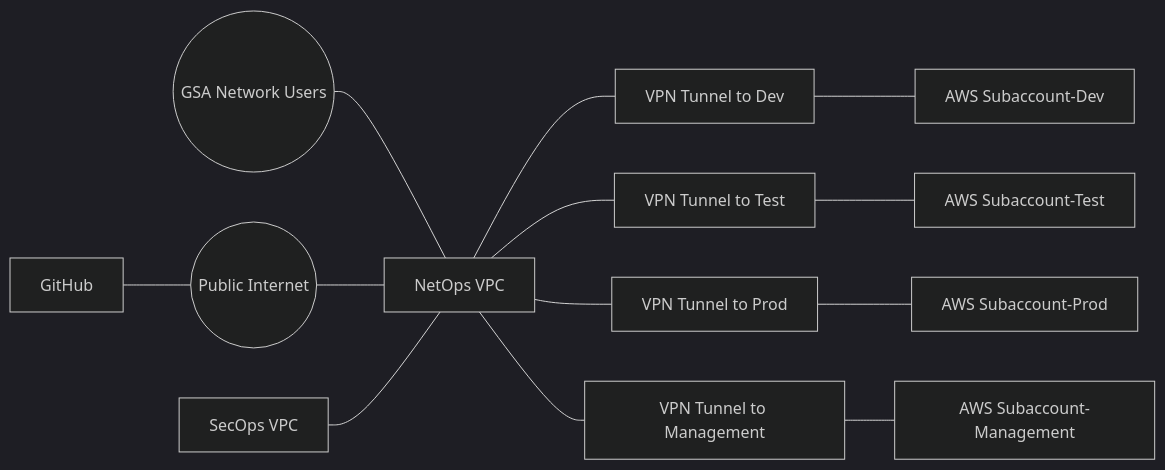
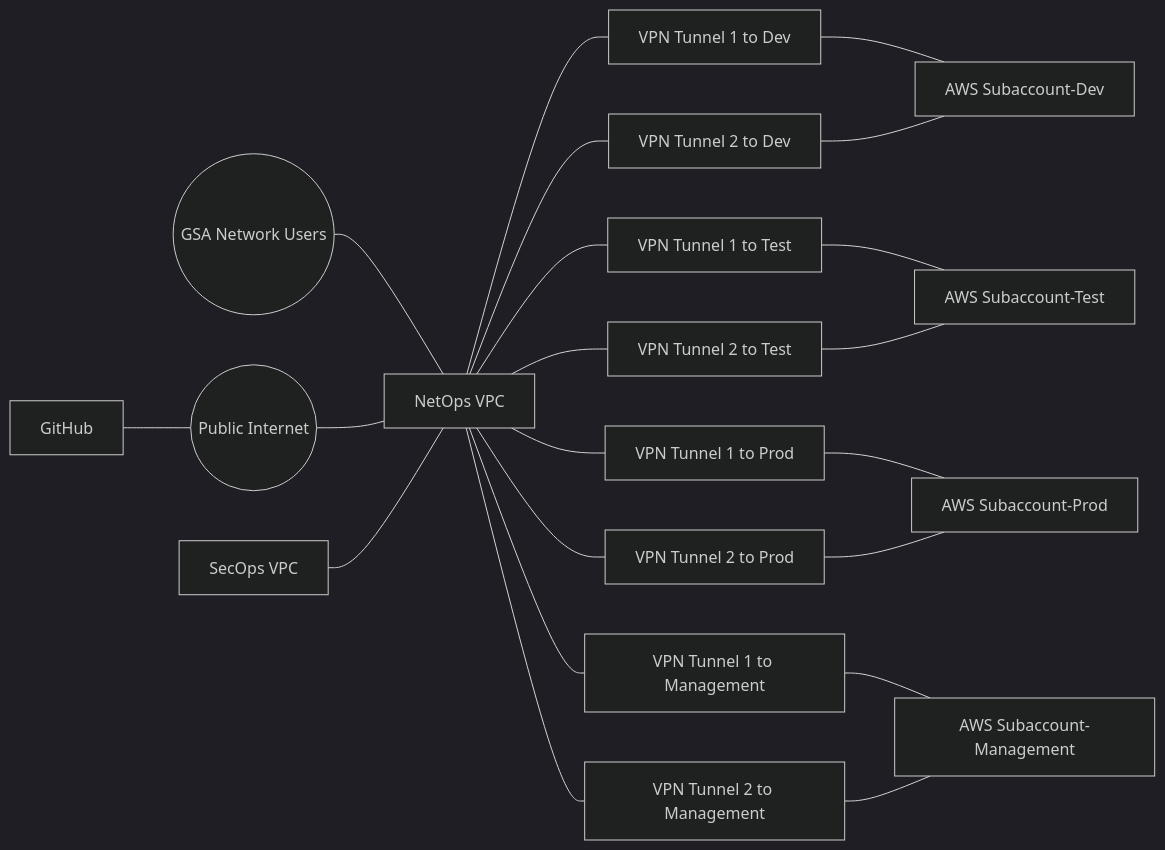
The diagram in docs/diagrams/source/mermaid/architecture-customer_accounts.mmd (GSA/DevSecOps), drawn with Mermaid (dark theme) before and after one commit.

Commit message:
Updates for new whiteboard

```diff
--- a/docs/diagrams/source/mermaid/architecture-customer_accounts.mmd
+++ b/docs/diagrams/source/mermaid/architecture-customer_accounts.mmd
@@ -1,30 +1,43 @@
 %% title: Architecture-Customer Accounts
 %% description: DevSecOps Customer Accounts - 1 Account == 1 VPC
 graph LR
   gsa-users(("GSA Network Users"))
   public-internet(("Public Internet"))
   github["GitHub"]
   netops-aws-vpc["NetOps VPC"]
   secops-aws-vpc["SecOps VPC"]
-  vpn-tunnel-dev["VPN Tunnel to Dev"]
-  vpn-tunnel-test["VPN Tunnel to Test"]
-  vpn-tunnel-prod["VPN Tunnel to Prod"]
-  vpn-tunnel-management["VPN Tunnel to Management"]
+  vpn-tunnel1-dev["VPN Tunnel 1 to Dev"]
+  vpn-tunnel1-test["VPN Tunnel 1 to Test"]
+  vpn-tunnel1-prod["VPN Tunnel 1 to Prod"]
+  vpn-tunnel1-management["VPN Tunnel 1 to Management"]
+  vpn-tunnel2-dev["VPN Tunnel 2 to Dev"]
+  vpn-tunnel2-test["VPN Tunnel 2 to Test"]
+  vpn-tunnel2-prod["VPN Tunnel 2 to Prod"]
+  vpn-tunnel2-management["VPN Tunnel 2 to Management"]
   aws-subaccount-dev["AWS Subaccount-Dev"]
   aws-subaccount-test["AWS Subaccount-Test"]
   aws-subaccount-prod["AWS Subaccount-Prod"]
   aws-subaccount-management["AWS Subaccount-Management"]
 
   github---public-internet
   gsa-users---netops-aws-vpc
   public-internet---netops-aws-vpc
   secops-aws-vpc---netops-aws-vpc
-  netops-aws-vpc---vpn-tunnel-dev
-  netops-aws-vpc---vpn-tunnel-test
-  netops-aws-vpc---vpn-tunnel-prod
-  netops-aws-vpc---vpn-tunnel-management
+  netops-aws-vpc---vpn-tunnel1-dev
+  netops-aws-vpc---vpn-tunnel1-test
+  netops-aws-vpc---vpn-tunnel1-prod
+  netops-aws-vpc---vpn-tunnel1-management
+  netops-aws-vpc---vpn-tunnel2-dev
+  netops-aws-vpc---vpn-tunnel2-test
+  netops-aws-vpc---vpn-tunnel2-prod
+  netops-aws-vpc---vpn-tunnel2-management
 
-  vpn-tunnel-dev---aws-subaccount-dev
-  vpn-tunnel-test---aws-subaccount-test
-  vpn-tunnel-prod---aws-subaccount-prod
-  vpn-tunnel-management---aws-subaccount-management
+  vpn-tunnel1-dev---aws-subaccount-dev
+  vpn-tunnel1-test---aws-subaccount-test
+  vpn-tunnel1-prod---aws-subaccount-prod
+  vpn-tunnel1-management---aws-subaccount-management
+
+  vpn-tunnel2-dev---aws-subaccount-dev
+  vpn-tunnel2-test---aws-subaccount-test
+  vpn-tunnel2-prod---aws-subaccount-prod
+  vpn-tunnel2-management---aws-subaccount-management
```
